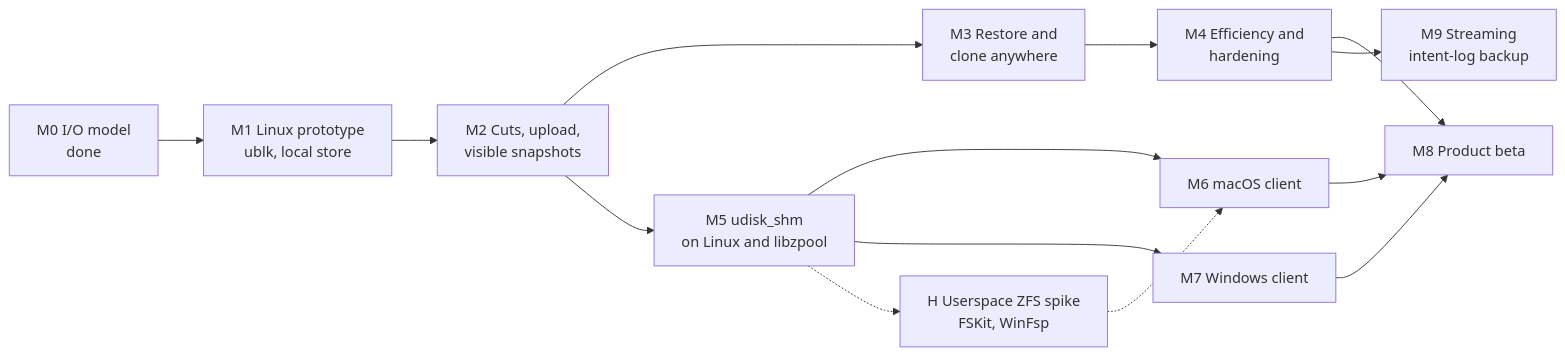
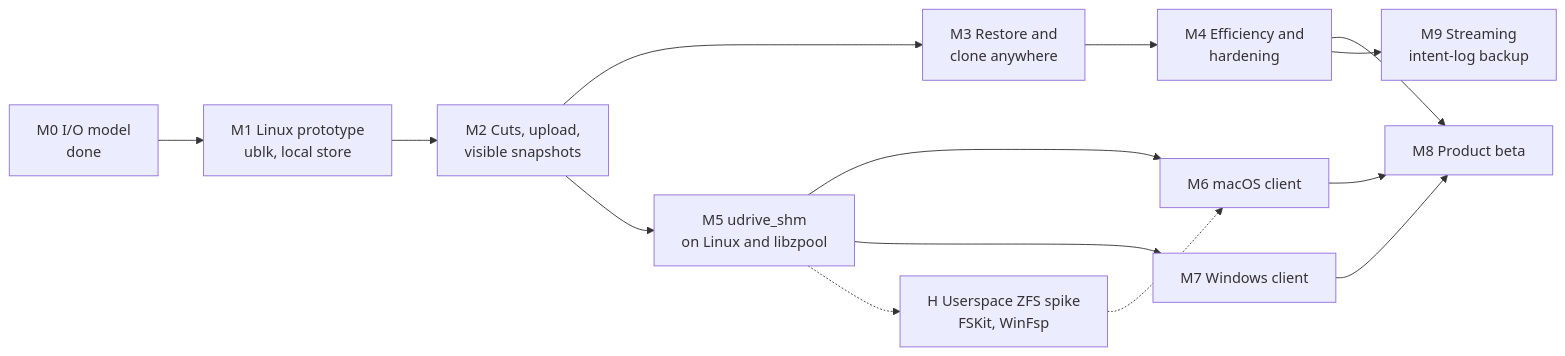
The fifth of 5 diagrams in docs/skyzfs-design.md (skyzfs/skyzfs), drawn with Mermaid before and after one commit. The commit also changed other lines of this file, not shown here.

First line of the commit message:
design: the shared-memory frontend is called udrive_shm

````diff
--- a/docs/skyzfs-design.md
+++ b/docs/skyzfs-design.md
@@ -394,16 +394,16 @@
 ```mermaid
 flowchart LR
   M0["M0 I/O model<br/>done"] --> M1["M1 Linux prototype<br/>ublk, local store"]
   M1 --> M2["M2 Cuts, upload,<br/>visible snapshots"]
   M2 --> M3["M3 Restore and<br/>clone anywhere"]
   M3 --> M4["M4 Efficiency and<br/>hardening"]
-  M2 --> M5["M5 udisk_shm<br/>on Linux and libzpool"]
+  M2 --> M5["M5 udrive_shm<br/>on Linux and libzpool"]
   M5 --> M6["M6 macOS client"]
   M5 --> M7["M7 Windows client"]
   M4 --> M8["M8 Product beta"]
   M4 --> M9["M9 Streaming<br/>intent-log backup"]
   M6 --> M8
   M7 --> M8
   M5 -.-> H["H Userspace ZFS spike<br/>FSKit, WinFsp"]
   H -.-> M6
 ```
````
